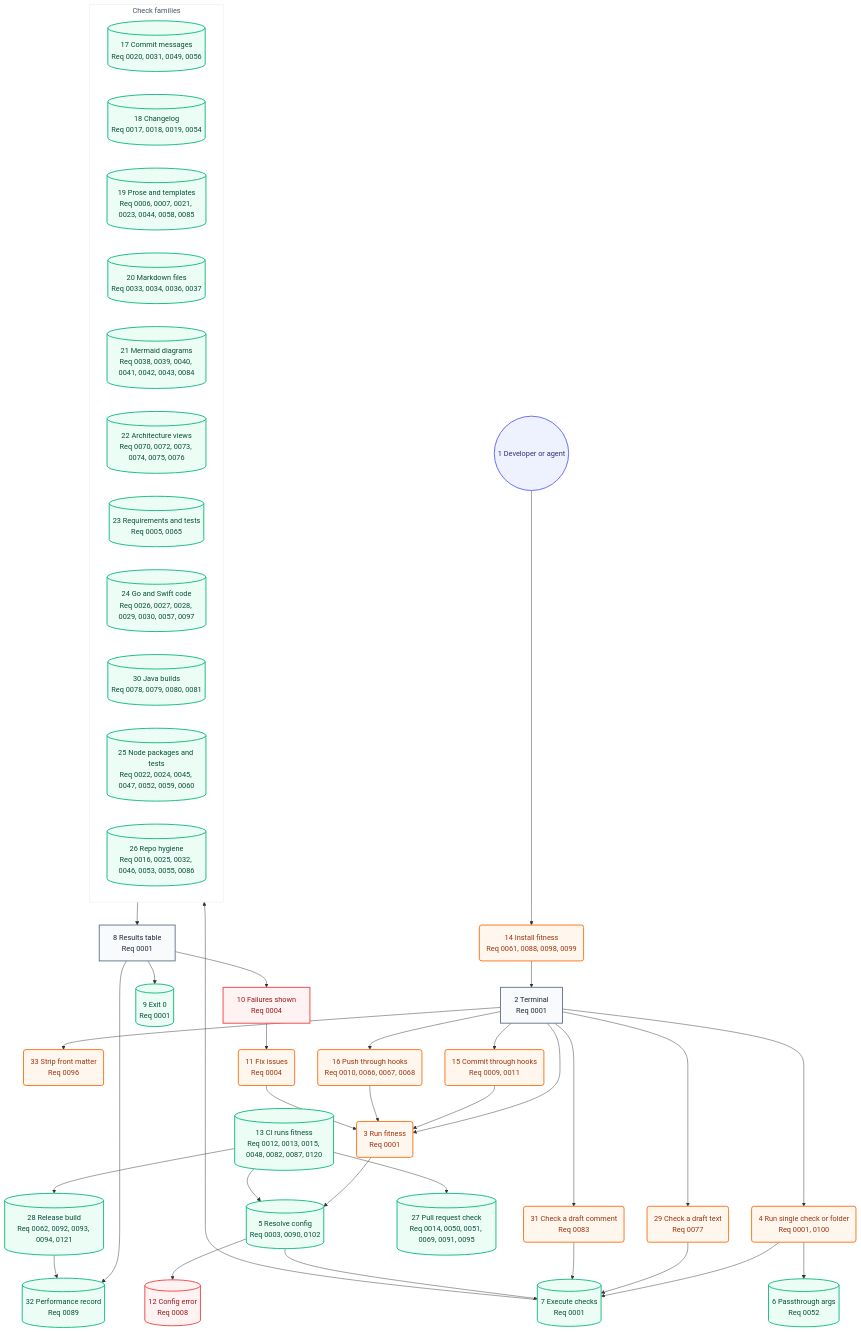
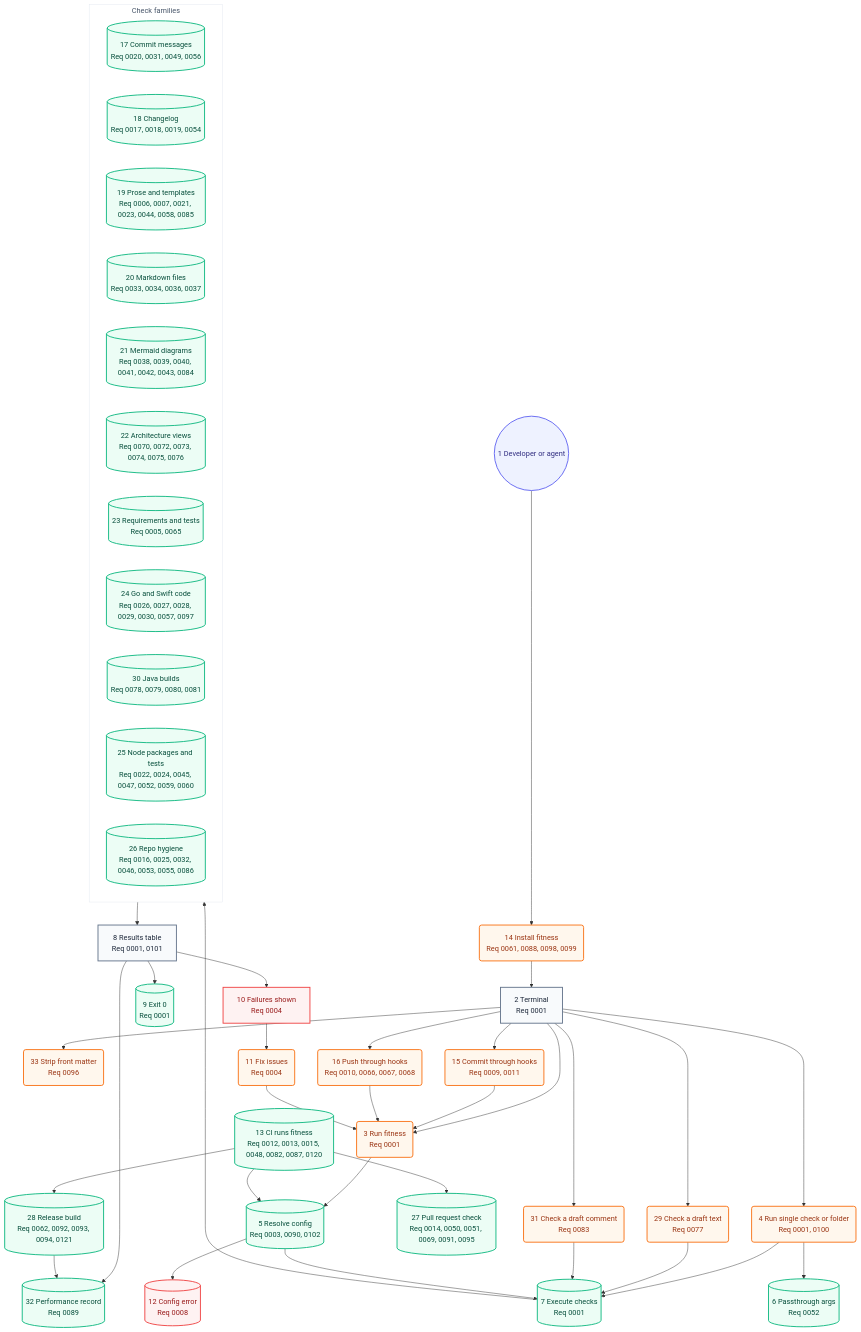
The second of 2 diagrams in docs/architecture/05-user-journey.md (may-journal/fitness-runner), drawn with Mermaid before and after one commit. The commit also changed 18 other files, not shown here.

````diff
--- a/docs/architecture/05-user-journey.md
+++ b/docs/architecture/05-user-journey.md
@@ -40,78 +40,78 @@
 ```mermaid
 flowchart TB
     dev((1 Developer or agent)):::persona
     install(14 Install fitness<br/>Req 0061, 0088, 0098, 0099):::action
     terminal[2 Terminal<br/>Req 0001]:::screen
     runFull(3 Run fitness<br/>Req 0001):::action
     runSingle(4 Run single check or folder<br/>Req 0001, 0100):::action
     runBlob(29 Check a draft text<br/>Req 0077):::action
     runComment(31 Check a draft comment<br/>Req 0083):::action
     stripFront(33 Strip front matter<br/>Req 0096):::action
     commitHook(15 Commit through hooks<br/>Req 0009, 0011):::action
     pushHook(16 Push through hooks<br/>Req 0010, 0066, 0067, 0068):::action
     resolveConfig[(5 Resolve config<br/>Req 0003, 0090, 0102)]:::system
     passArgs[(6 Passthrough args<br/>Req 0052)]:::system
     executeChecks[(7 Execute checks<br/>Req 0001)]:::system
 
     subgraph checks["Check families"]
         commitChecks[(17 Commit messages<br/>Req 0020, 0031, 0049, 0056)]:::system
         changelogChecks[(18 Changelog<br/>Req 0017, 0018, 0019, 0054)]:::system
         proseChecks[(19 Prose and templates<br/>Req 0006, 0007, 0021, 0023, 0044, 0058, 0085)]:::system
         markdownChecks[(20 Markdown files<br/>Req 0033, 0034, 0036, 0037)]:::system
         mermaidChecks[(21 Mermaid diagrams<br/>Req 0038, 0039, 0040, 0041, 0042, 0043, 0084)]:::system
         architectureChecks[(22 Architecture views<br/>Req 0070, 0072, 0073, 0074, 0075, 0076)]:::system
         requirementChecks[(23 Requirements and tests<br/>Req 0005, 0065)]:::system
         goSwiftChecks[(24 Go and Swift code<br/>Req 0026, 0027, 0028, 0029, 0030, 0057, 0097)]:::system
         javaChecks[(30 Java builds<br/>Req 0078, 0079, 0080, 0081)]:::system
         nodeChecks[(25 Node packages and tests<br/>Req 0022, 0024, 0045, 0047, 0052, 0059, 0060)]:::system
         repoChecks[(26 Repo hygiene<br/>Req 0016, 0025, 0032, 0046, 0053, 0055, 0086)]:::system
     end
 
-    resultsTable[8 Results table<br/>Req 0001]:::screen
+    resultsTable[8 Results table<br/>Req 0001, 0101]:::screen
     exitZero[(9 Exit 0<br/>Req 0001)]:::system
     failuresShown[10 Failures shown<br/>Req 0004]:::blocked
     fixIssues(11 Fix issues<br/>Req 0004):::action
     configError[(12 Config error<br/>Req 0008)]:::blocked
     ciRun[(13 CI runs fitness<br/>Req 0012, 0013, 0015, 0048, 0082, 0087, 0120)]:::system
     prCheck[(27 Pull request check<br/>Req 0014, 0050, 0051, 0069, 0091, 0095)]:::system
     release[(28 Release build<br/>Req 0062, 0092, 0093, 0094, 0121)]:::system
     perfRecord[(32 Performance record<br/>Req 0089)]:::system
 
     dev --> install
     install --> terminal
     terminal --> runFull
     terminal --> runSingle
     terminal --> commitHook
     terminal --> pushHook
     terminal --> runBlob
     terminal --> runComment
     terminal --> stripFront
     commitHook --> runFull
     pushHook --> runFull
     runFull --> resolveConfig
     runSingle --> executeChecks
     runSingle --> passArgs
     runBlob --> executeChecks
     runComment --> executeChecks
     resolveConfig --> executeChecks
     resolveConfig --> configError
     executeChecks --> checks
     checks --> resultsTable
     resultsTable --> exitZero
     resultsTable --> failuresShown
     failuresShown --> fixIssues
     fixIssues --> runFull
     ciRun --> resolveConfig
     ciRun --> prCheck
     ciRun --> release
     resultsTable --> perfRecord
     release --> perfRecord
 
     classDef persona fill:#eef2ff,stroke:#6366f1,color:#312e81,stroke-width:2px
     classDef screen fill:#f8fafc,stroke:#64748b,color:#1e293b,stroke-width:2px
     classDef action fill:#fff7ed,stroke:#f97316,color:#9a3412,stroke-width:2px
     classDef system fill:#ecfdf5,stroke:#10b981,color:#064e3b,stroke-width:2px
     classDef blocked fill:#fef2f2,stroke:#ef4444,color:#991b1b,stroke-width:2px
 
     style checks fill:#ffffff,stroke:#e2e8f0,color:#475569,stroke-width:1px
 ```
````
